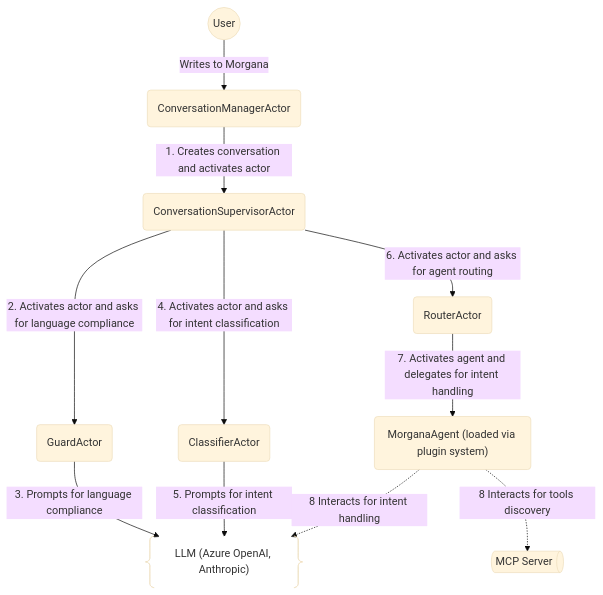
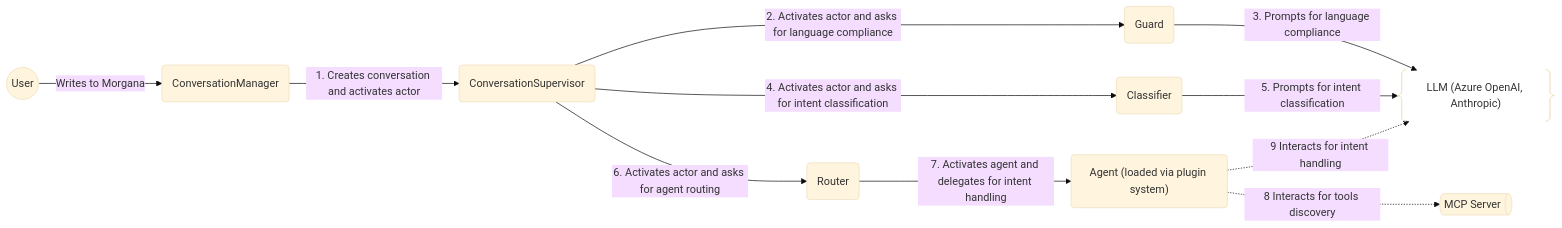
Before and after one commit to mdesalvo/Morgana: the first of 2 diagrams in README.md, drawn with Mermaid (base theme). The commit also changed other lines of this file, not shown here.

````diff
--- a/README.md
+++ b/README.md
@@ -45,22 +45,17 @@
 ```mermaid
----
-config:
-  flowchart:
-    htmlLabels: true
----
-graph TD
-  U@{shape: circle, label: "User"} -- Writes to Morgana --> CM@{shape: rounded, label: "ConversationManagerActor"}
-  CM@{shape: rounded, label: "ConversationManagerActor"} -- 1. Creates conversation and activates actor --> SV@{shape: rounded, label: "ConversationSupervisorActor"}
+graph LR
+  U@{shape: circle, label: "User"} -- Writes to Morgana --> CM@{shape: rounded, label: "ConversationManager"}
+  CM@{shape: rounded, label: "ConversationManager"} -- 1. Creates conversation and activates actor --> SV@{shape: rounded, label: "ConversationSupervisor"}
 
-  SV@{shape: rounded, label: "ConversationSupervisorActor"} -- 2. Activates actor and asks for language compliance --> G@{shape: rounded, label: "GuardActor"}
-  SV@{shape: rounded, label: "ConversationSupervisorActor"} -- 4. Activates actor and asks for intent classification --> C@{shape: rounded, label: "ClassifierActor"}
-  SV@{shape: rounded, label: "ConversationSupervisorActor"} -- 6. Activates actor and asks for agent routing --> R@{shape: rounded, label: "RouterActor"}
+  SV@{shape: rounded, label: "ConversationSupervisor"} -- 2. Activates actor and asks for language compliance --> G@{shape: rounded, label: "Guard"}
+  SV@{shape: rounded, label: "ConversationSupervisor"} -- 4. Activates actor and asks for intent classification --> C@{shape: rounded, label: "Classifier"}
+  SV@{shape: rounded, label: "ConversationSupervisor"} -- 6. Activates actor and asks for agent routing --> R@{shape: rounded, label: "Router"}
 
-  G@{shape: rounded, label: "GuardActor"} -- 3. Prompts for language compliance --> LLM
+  G@{shape: rounded, label: "Guard"} -- 3. Prompts for language compliance --> LLM
 
-  C@{shape: rounded, label: "ClassifierActor"} -- 5. Prompts for intent classification --> LLM
+  C@{shape: rounded, label: "Classifier"} -- 5. Prompts for intent classification --> LLM
 
-  R@{shape: rounded, label: "RouterActor"} -- 7. Activates agent and delegates for intent handling --> MA@{shape: rounded, label: "MorganaAgent (loaded via plugin system)"}
-  MA@{shape: rounded, label: "MorganaAgent (loaded via plugin system)"} -. 8 Interacts for intent handling .-> LLM@{shape: braces, label: "LLM (Azure OpenAI, Anthropic)"}
-  MA@{shape: rounded, label: "MorganaAgent (loaded via plugin system)"} -. 8 Interacts for tools discovery .-> MCP@{shape: das, label: "MCP Server"}
+  R@{shape: rounded, label: "Router"} -- 7. Activates agent and delegates for intent handling --> MA@{shape: rounded, label: "Agent (loaded via plugin system)"}
+  MA@{shape: rounded, label: "Agent (loaded via plugin system)"} -. 8 Interacts for tools discovery .-> MCP@{shape: das, label: "MCP Server"}
+  MA@{shape: rounded, label: "Agent (loaded via plugin system)"} -. 9 Interacts for intent handling .-> LLM@{shape: braces, label: "LLM (Azure OpenAI, Anthropic)"}
 ```
````
